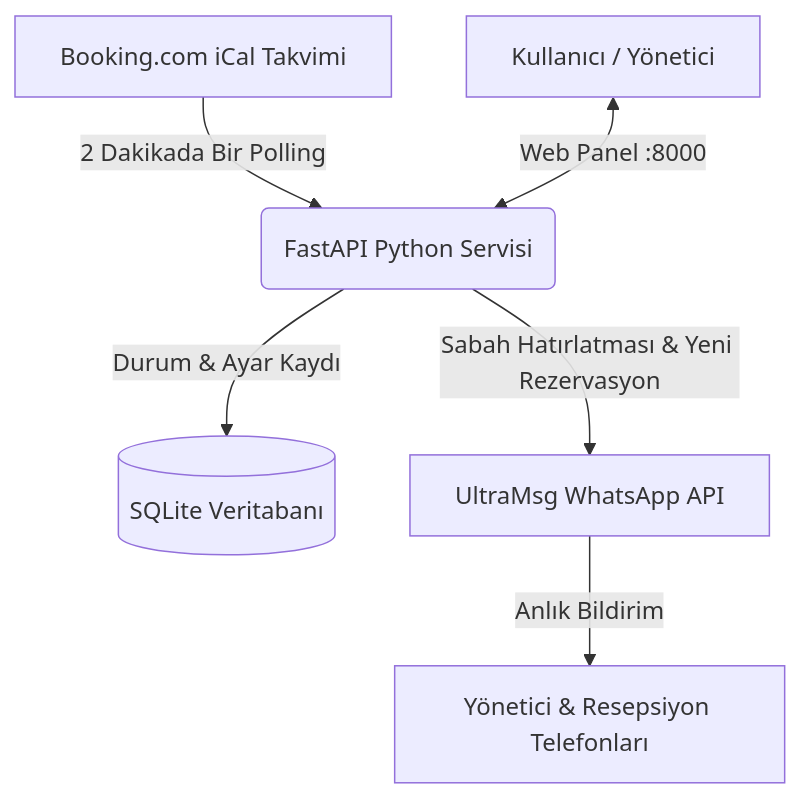
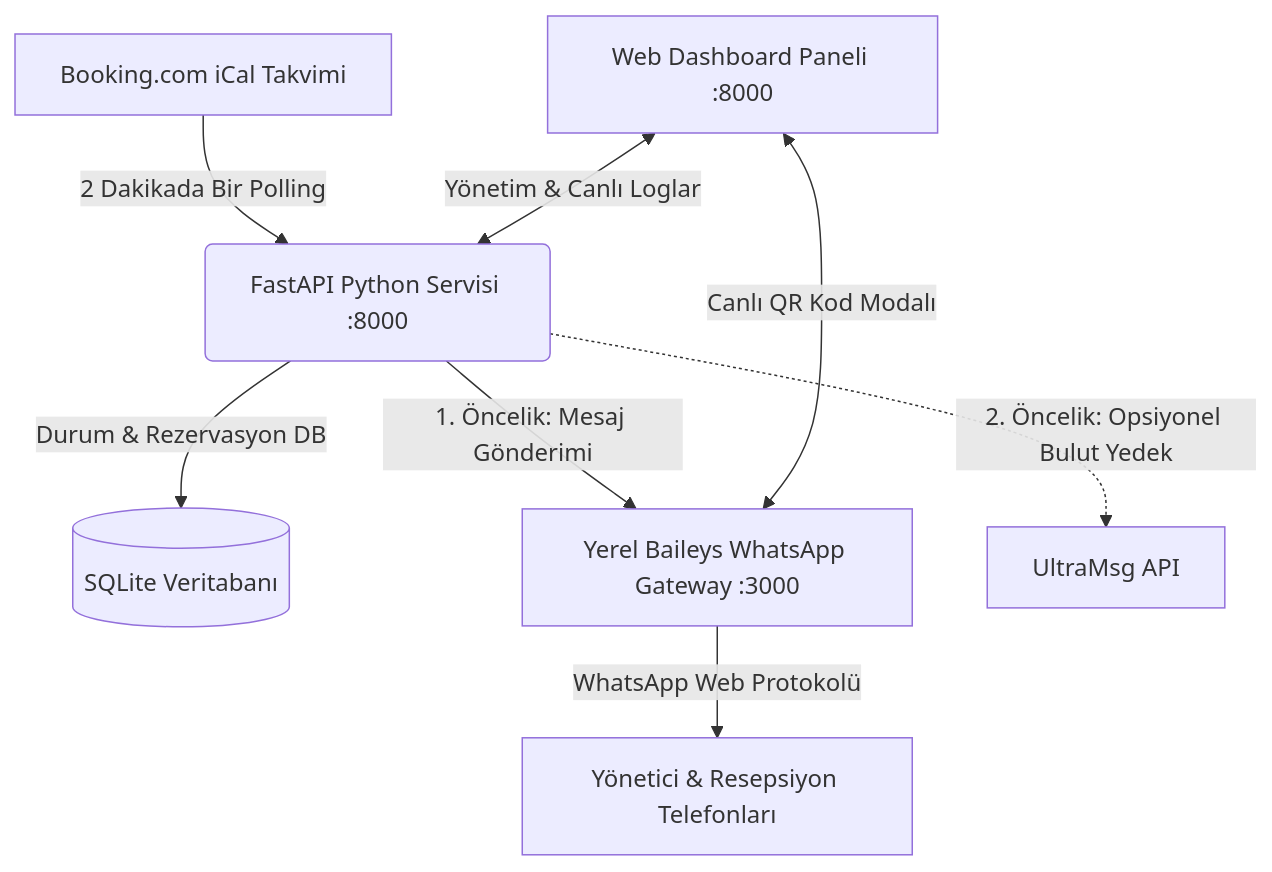
The second of 2 diagrams in README.md (MrCoolice/booking-whatsapp-bot), drawn with Mermaid before and after one commit. The commit also changed other lines of this file and 1 other file, not shown here.

Commit message:
Docs: Update bilingual README and install.sh with self-hosted Baileys Gateway

````diff
--- a/README.md
+++ b/README.md
@@ -162,8 +175,10 @@
 ```mermaid
 graph TD
-    A[Booking.com iCal Takvimi] -->|2 Dakikada Bir Polling| B(FastAPI Python Servisi)
-    B -->|Durum & Ayar Kaydı| C[(SQLite Veritabanı)]
-    B -->|Sabah Hatırlatması & Yeni Rezervasyon| D[UltraMsg WhatsApp API]
-    D -->|Anlık Bildirim| E[Yönetici & Resepsiyon Telefonları]
-    F[Kullanıcı / Yönetici] <-->|Web Panel :8000| B
+    A[Booking.com iCal Takvimi] -->|2 Dakikada Bir Polling| B(FastAPI Python Servisi :8000)
+    B -->|Durum & Rezervasyon DB| C[(SQLite Veritabanı)]
+    B -->|1. Öncelik: Mesaj Gönderimi| D[Yerel Baileys WhatsApp Gateway :3000]
+    D -->|WhatsApp Web Protokolü| E[Yönetici & Resepsiyon Telefonları]
+    B -.->|2. Öncelik: Opsiyonel Bulut Yedek| F[UltraMsg API]
+    G[Web Dashboard Paneli :8000] <-->|Canlı QR Kod Modalı| D
+    G <-->|Yönetim & Canlı Loglar| B
 ```
````
